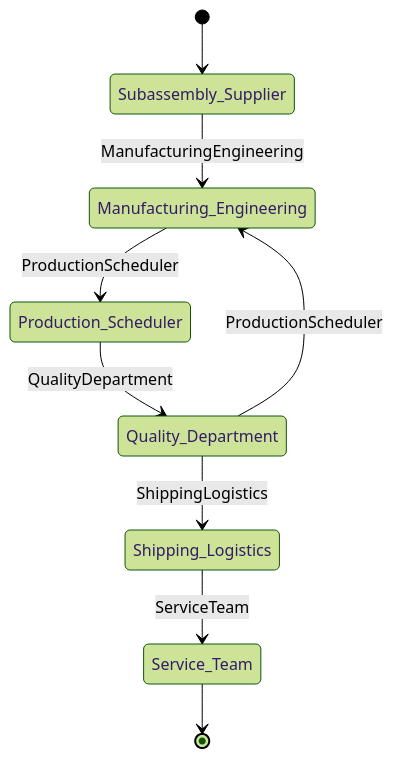
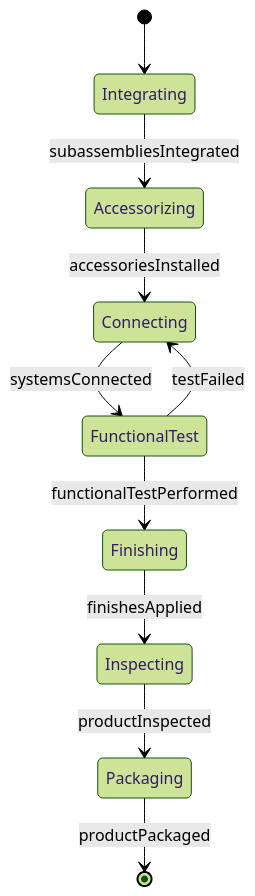
The second of 4 diagrams in HandlingAndMovingObjects/AssembleEquipmentOrComponents/AssembleProductsProductionEquipment.mdx (dot-org-ai/tasks.org.ai), drawn with Mermaid (forest theme) before and after one commit. The commit also changed other lines of this file and 515 other files, not shown here.

````diff
--- a/HandlingAndMovingObjects/AssembleEquipmentOrComponents/AssembleProductsProductionEquipment.mdx
+++ b/HandlingAndMovingObjects/AssembleEquipmentOrComponents/AssembleProductsProductionEquipment.mdx
@@ -101,11 +99,12 @@
 ```mermaid
 stateDiagram-v2
-    [*] --> Subassembly_Supplier
-    Subassembly_Supplier --> Manufacturing_Engineering: ManufacturingEngineering
-    Manufacturing_Engineering --> Production_Scheduler: ProductionScheduler
-    Production_Scheduler --> Quality_Department: QualityDepartment
-    Quality_Department --> Shipping_Logistics: ShippingLogistics
-    Shipping_Logistics --> Service_Team: ServiceTeam
-    Quality_Department --> Manufacturing_Engineering: ProductionScheduler
-    Service_Team --> [*]
+    [*] --> Integrating
+    Integrating --> Accessorizing : subassembliesIntegrated
+    Accessorizing --> Connecting : accessoriesInstalled
+    Connecting --> FunctionalTest : systemsConnected
+    FunctionalTest --> Finishing : functionalTestPerformed
+    Finishing --> Inspecting : finishesApplied
+    Inspecting --> Packaging : productInspected
+    FunctionalTest --> Connecting : testFailed
+    Packaging --> [*] : productPackaged
 ```
````
